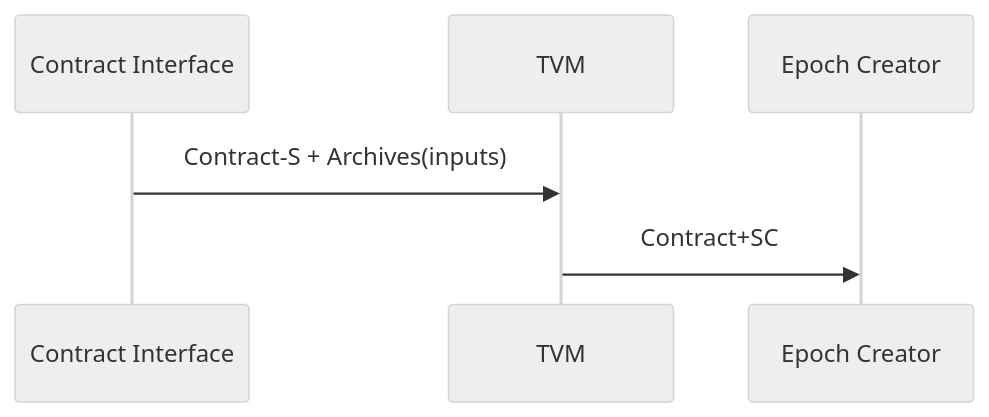
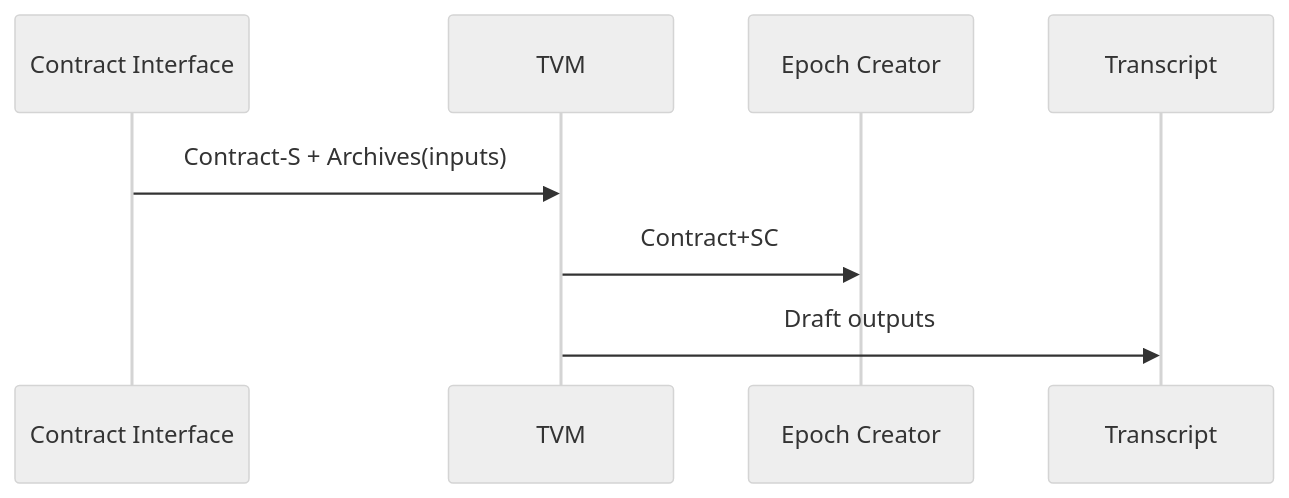
One commit to tagion/tagion changed the diagram in documents/architecture/TVM.md. Above: the diagram before and after it, drawn with Mermaid (neutral theme). The commit also changed other lines of this file and 1 other file, not shown here.

Commit message:
WIP: documents/architecture/TVM.md updated

````diff
--- a/documents/architecture/TVM.md
+++ b/documents/architecture/TVM.md
@@ -28,8 +29,10 @@
 ```mermaid
 sequenceDiagram
     participant Contract Interface
     participant TVM
     participant Epoch Creator
+    participant Transcript
     Contract Interface ->> TVM: Contract-S + Archives(inputs)
-    TVM ->> Epoch Creator: Contract+SC 
+    TVM ->> Epoch Creator: Contract+SC
+    TVM ->> Transcript: Draft outputs 
 ```
````
